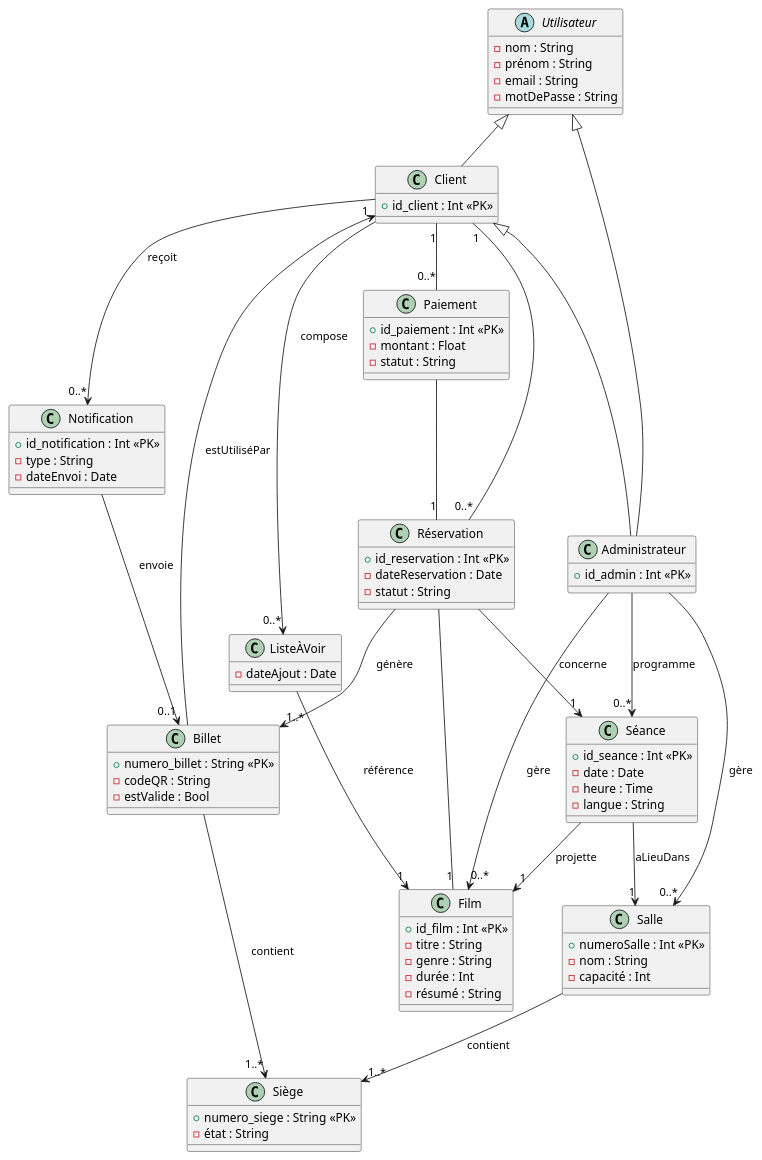
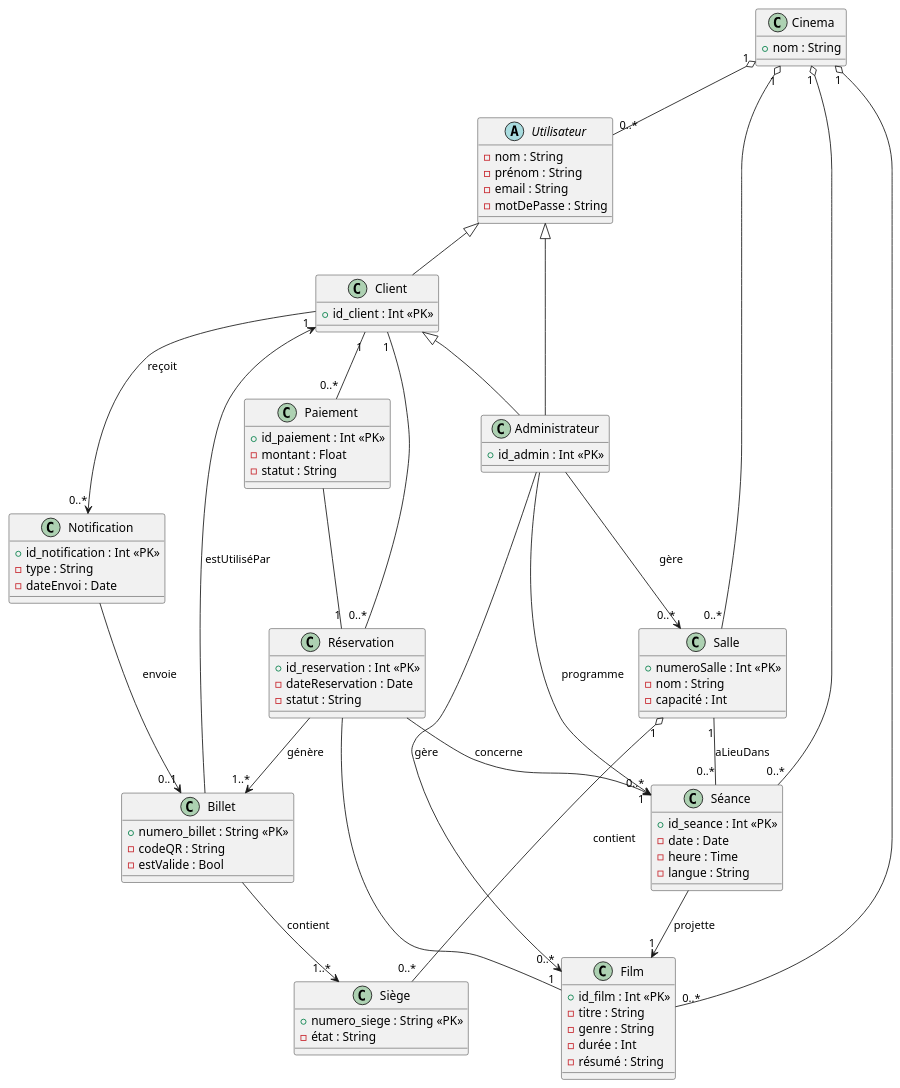
The diagram in Diagrammes/diagramme_de_classe.pu (barbouchyoussef/GithubAGL), drawn with PlantUML before and after one commit.

Commit message:
Modification des fichiers diagramme de classes (.pu .png .svg)

```diff
--- a/Diagrammes/diagramme_de_classe.pu
+++ b/Diagrammes/diagramme_de_classe.pu
@@ -1,100 +1,114 @@
 @startuml
 
+' Définition des classes principales
+
+class Cinema {
+  + nom : String
+}
+
 abstract class Utilisateur {
- 
   - nom : String
   - prénom : String
   - email : String
   - motDePasse : String
 }
 
 class Client {
   + id_client : Int <<PK>>
 }
 
 class Administrateur {
   + id_admin : Int <<PK>>
 }
 
 Utilisateur <|-- Client
 Utilisateur <|-- Administrateur
 Client <|-- Administrateur
 
 class Film {
   + id_film : Int <<PK>>
   - titre : String
   - genre : String
   - durée : Int
   - résumé : String
 }
 
 class Réservation {
   + id_reservation : Int <<PK>>
   - dateReservation : Date
   - statut : String
 }
 
 class Paiement {
   + id_paiement : Int <<PK>>
   - montant : Float
   - statut : String
 }
 
 class Salle {
   + numeroSalle : Int <<PK>>
   - nom : String
   - capacité : Int
 }
 
 class Séance {
   + id_seance : Int <<PK>>
   - date : Date
   - heure : Time
   - langue : String
 }
 
 class Billet {
   + numero_billet : String <<PK>>
   - codeQR : String
   - estValide : Bool
 }
 
 class Siège {
   + numero_siege : String <<PK>>
   - état : String
 }
 
 class Notification {
   + id_notification : Int <<PK>>
   - type : String
   - dateEnvoi : Date
 }
 
-class ListeÀVoir {
-  - dateAjout : Date
-}
+' Relations entre les classes
 
-' Associations principales
+' Agrégation des éléments dans le Cinema
+Cinema "1" o-- "0..*" Salle 
+Cinema "1" o-- "0..*" Film 
+Cinema "1" o-- "0..*" Séance 
+Cinema "1" o-- "0..*" Utilisateur 
 
+' Relations entre Salle et autres classes
+Salle "1" o-- "0..*" Siège : contient
+Salle "1" -- "0..*" Séance : aLieuDans
+
+' Relations entre Client et Réservation
 Client "1" -- "0..*" Réservation
 Réservation -- "1" Film
 
+' Relations entre Paiement et Réservation
 Client "1" -- "0..*" Paiement
 Paiement -- "1" Réservation
 
+' Relations entre Réservation, Billet et Séance
 Réservation --> "1..*" Billet : génère
 Réservation --> "1" Séance : concerne
 Billet --> "1" Client : estUtiliséPar
 Billet --> "1..*" Siège : contient
+
+' Relations entre Séance, Film, et Notification
 Séance --> "1" Film : projette
-Séance --> "1" Salle : aLieuDans
-Salle --> "1..*" Siège : contient
 Client --> "0..*" Notification : reçoit
 Notification --> "0..1" Billet : envoie
-Client --> "0..*" ListeÀVoir : compose
-ListeÀVoir --> "1" Film : référence
+
+' Relations entre Administrateur et gestion des entités
 Administrateur --> "0..*" Film : gère
 Administrateur --> "0..*" Salle : gère
 Administrateur --> "0..*" Séance : programme
 
 @enduml
```
